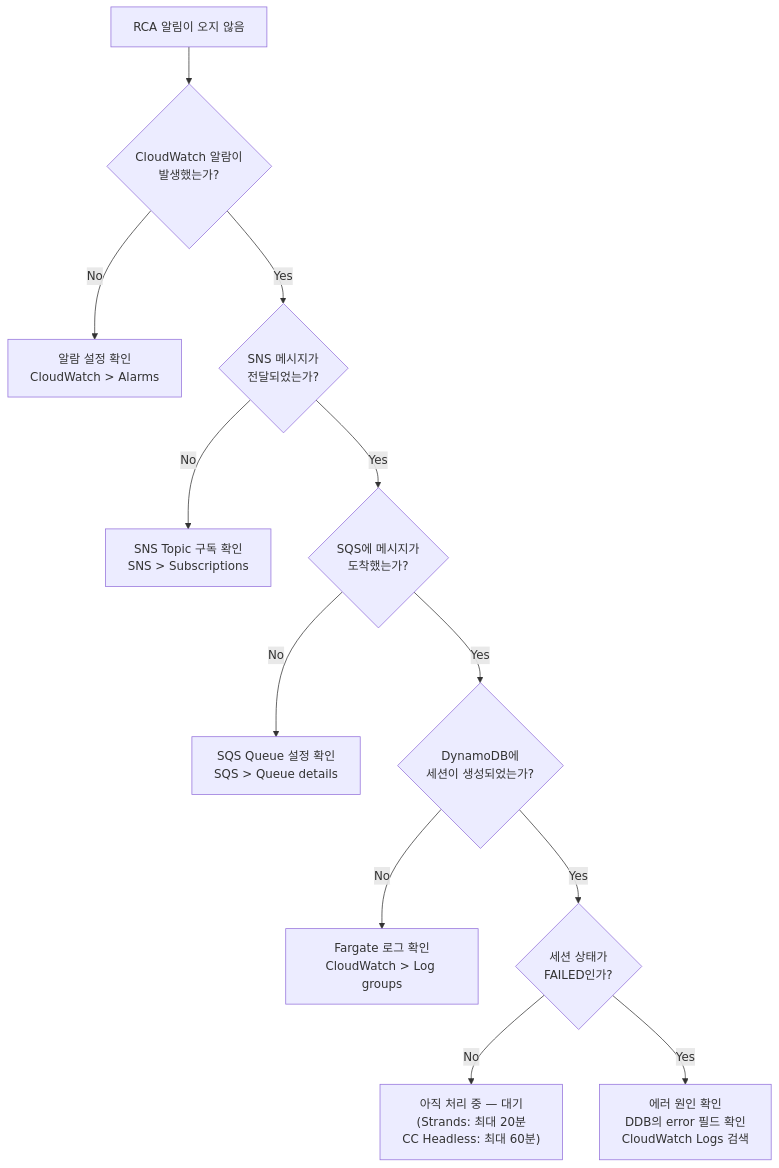
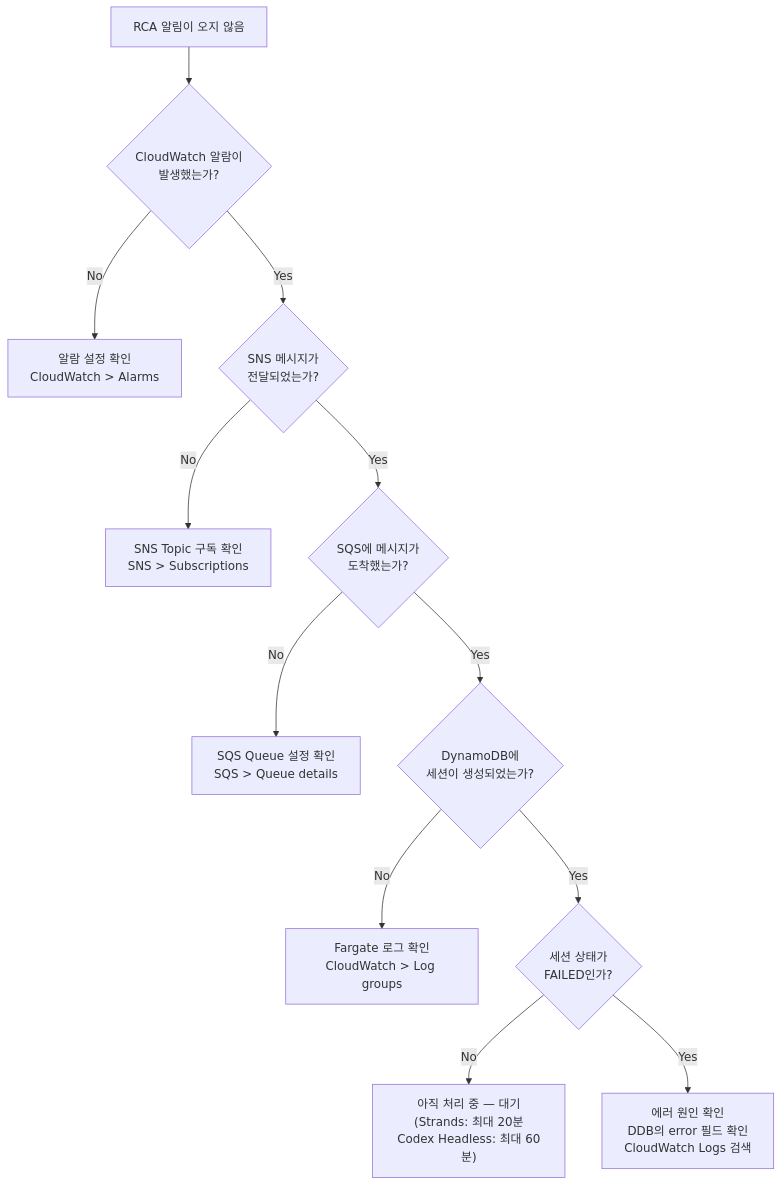
One commit to haandol/rca-agent changed diagram 24 of 25 in docs/system-guide-for-ops.md. Above: the diagram before and after it, drawn with Mermaid. The commit also changed other lines of this file and 306 other files, not shown here.

Commit message:
feat: replace headless CC with Codex on Bedrock

````diff
--- a/docs/system-guide-for-ops.md
+++ b/docs/system-guide-for-ops.md
@@ -1274,14 +1274,14 @@
 ```mermaid
 flowchart TD
     START["RCA 알림이 오지 않음"] --> Q1{"CloudWatch 알람이<br/>발생했는가?"}
     Q1 -->|"No"| A1["알람 설정 확인<br/>CloudWatch > Alarms"]
     Q1 -->|"Yes"| Q2{"SNS 메시지가<br/>전달되었는가?"}
     Q2 -->|"No"| A2["SNS Topic 구독 확인<br/>SNS > Subscriptions"]
     Q2 -->|"Yes"| Q3{"SQS에 메시지가<br/>도착했는가?"}
     Q3 -->|"No"| A3["SQS Queue 설정 확인<br/>SQS > Queue details"]
     Q3 -->|"Yes"| Q4{"DynamoDB에<br/>세션이 생성되었는가?"}
     Q4 -->|"No"| A4["Fargate 로그 확인<br/>CloudWatch > Log groups"]
     Q4 -->|"Yes"| Q5{"세션 상태가<br/>FAILED인가?"}
-    Q5 -->|"No"| A5["아직 처리 중 — 대기<br/>(Strands: 최대 20분<br/>CC Headless: 최대 60분)"]
+    Q5 -->|"No"| A5["아직 처리 중 — 대기<br/>(Strands: 최대 20분<br/>Codex Headless: 최대 60분)"]
     Q5 -->|"Yes"| A6["에러 원인 확인<br/>DDB의 error 필드 확인<br/>CloudWatch Logs 검색"]
 ```
````
